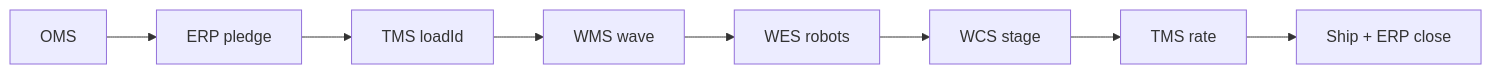
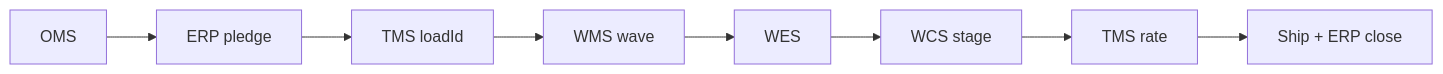
The diagram in README.md (bharat2476/Integration), drawn with Mermaid before and after one commit. The commit also changed other lines of this file and 5 other files, not shown here.

````diff
--- a/README.md
+++ b/README.md
@@ -38,10 +53,10 @@
 ```mermaid
 flowchart LR
   OMS[OMS] --> ERP[ERP pledge]
   ERP --> TMS1[TMS loadId]
   TMS1 --> WMS[WMS wave]
-  WMS --> WES[WES robots]
+  WMS --> WES[WES]
   WES --> WCS[WCS stage]
   WCS --> TMS2[TMS rate]
   TMS2 --> SHIP[Ship + ERP close]
 ```
````
